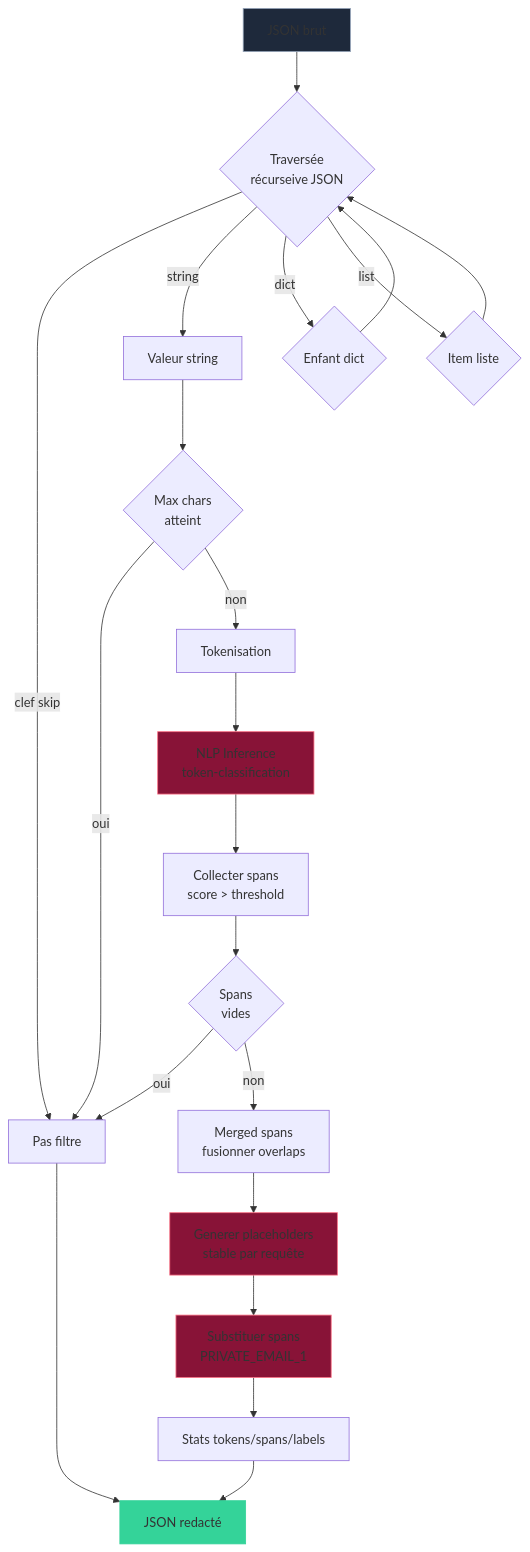
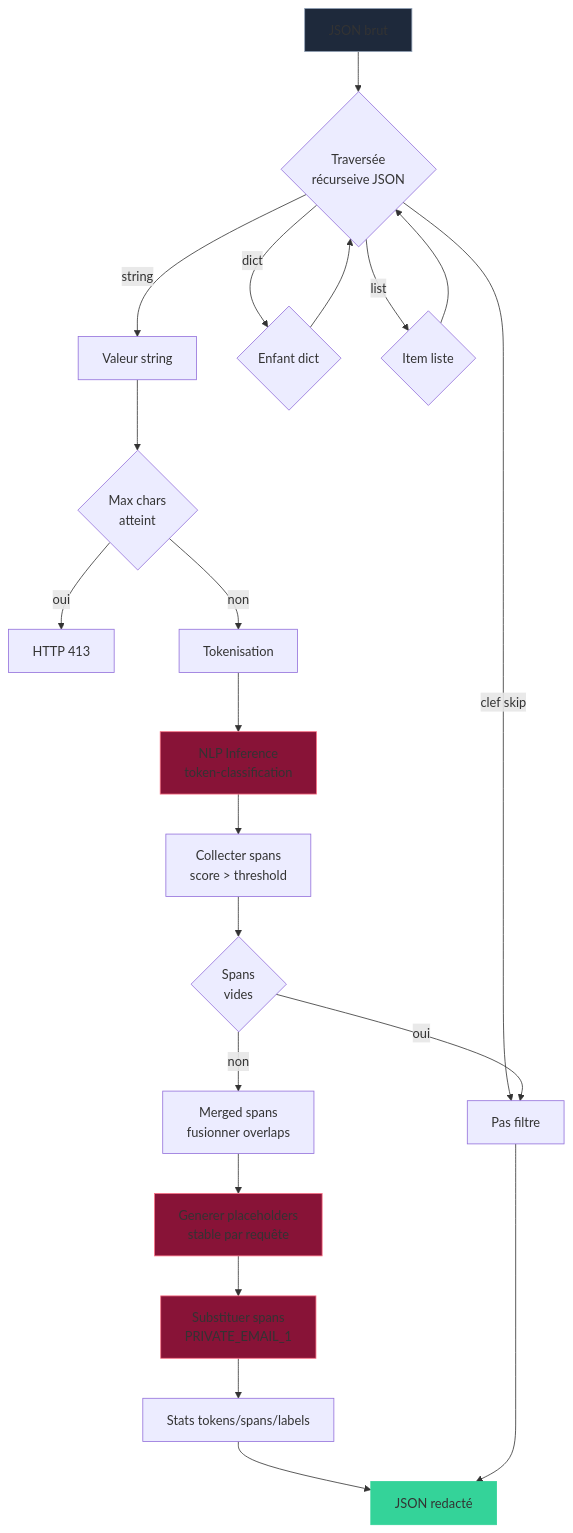
One commit to ynotopec/api-llm-privacy-proxy changed the third of 7 diagrams in doc/architecture.md. Above: the diagram before and after it, drawn with Mermaid. The commit also changed other lines of this file and 7 other files, not shown here.

````diff
--- a/doc/architecture.md
+++ b/doc/architecture.md
@@ -96,34 +104,34 @@
 ```mermaid
 graph TD
     A[JSON brut] --> B{Traversée<br/>récurseive JSON}
     B -->|clef skip| C[Pas filtre]
     B -->|string| D[Valeur string]
     B -->|dict| E{Enfant dict}
     B -->|list| F{Item liste}
 
     D --> G{Max chars<br/>atteint}
-    G -->|oui| C
+    G -->|oui| R[HTTP 413]
     G -->|non| H[Tokenisation]
 
     H --> I[NLP Inference<br/>token-classification]
     I --> J[Collecter spans<br/>score > threshold]
 
     J --> K{Spans<br/>vides}
     K -->|oui| C
     K -->|non| L[Merged spans<br/>fusionner overlaps]
 
     L --> M[Generer placeholders<br/>stable par requête]
     M --> N[Substituer spans<br/>PRIVATE_EMAIL_1]
     N --> O[Stats tokens/spans/labels]
 
     O --> P[JSON redacté]
     C --> P
     E --> B
     F --> B
 
     style A fill:#1e293b,stroke:#94a3b8
     style I fill:#881337,stroke:#fb7185
     style M fill:#881337,stroke:#fb7185
     style N fill:#881337,stroke:#fb7185
     style P fill:#34d399,stroke:#34d399
 ```
````
